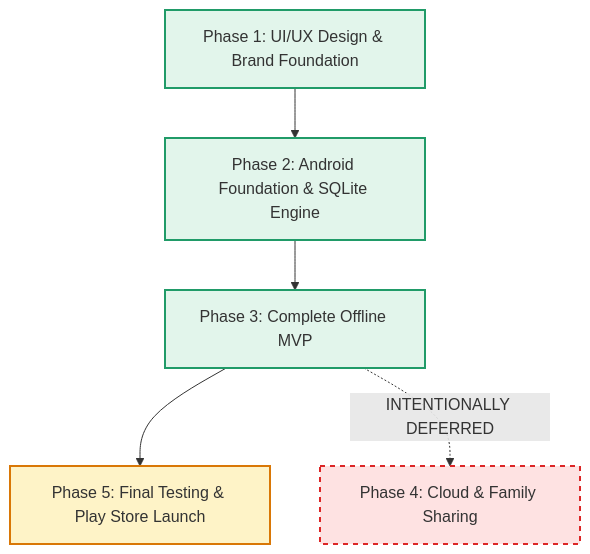
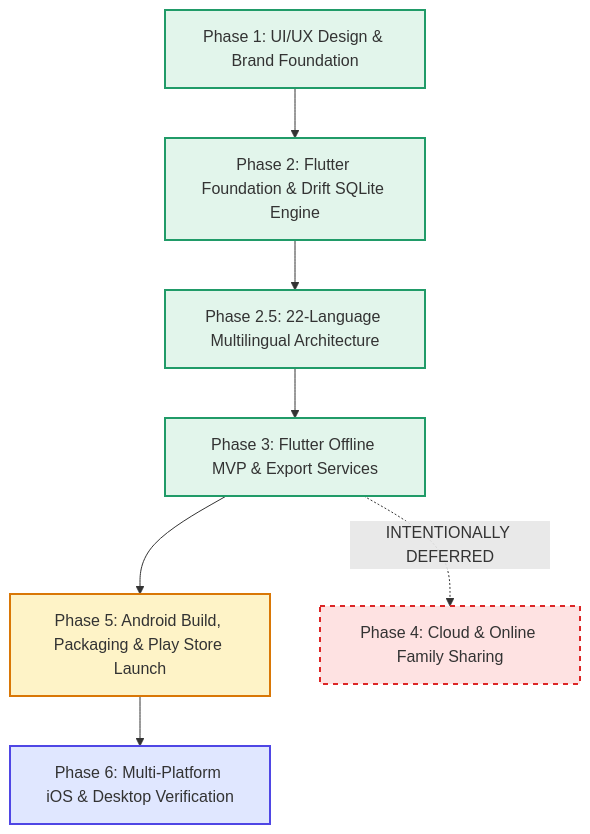
Before and after one commit to igjitendra/Vivah: the diagram in docs/ROADMAP.md, drawn with Mermaid. The commit also changed other lines of this file and 32 other files, not shown here.

Commit message:
docs(audit): complete Flutter-only repository audit, reconcile documentation and fix backup restore

````diff
--- a/docs/ROADMAP.md
+++ b/docs/ROADMAP.md
@@ -10,13 +11,17 @@
 ```mermaid
 flowchart TD
-    P1[Phase 1: UI/UX Design & Brand Foundation] --> P2[Phase 2: Android Foundation & SQLite Engine]
-    P2 --> P3[Phase 3: Complete Offline MVP]
-    P3 --> P5[Phase 5: Final Testing & Play Store Launch]
-    P3 -.->|INTENTIONALLY DEFERRED| P4[Phase 4: Cloud & Family Sharing]
+    P1[Phase 1: UI/UX Design & Brand Foundation] --> P2[Phase 2: Flutter Foundation & Drift SQLite Engine]
+    P2 --> P25[Phase 2.5: 22-Language Multilingual Architecture]
+    P25 --> P3[Phase 3: Flutter Offline MVP & Export Services]
+    P3 --> P5[Phase 5: Android Build, Packaging & Play Store Launch]
+    P5 --> P6[Phase 6: Multi-Platform iOS & Desktop Verification]
+    P3 -.->|INTENTIONALLY DEFERRED| P4[Phase 4: Cloud & Online Family Sharing]
 
     style P1 fill:#E2F5EB,stroke:#209B68,stroke-width:2px
     style P2 fill:#E2F5EB,stroke:#209B68,stroke-width:2px
+    style P25 fill:#E2F5EB,stroke:#209B68,stroke-width:2px
     style P3 fill:#E2F5EB,stroke:#209B68,stroke-width:2px
     style P4 fill:#FEE2E2,stroke:#DC2626,stroke-dasharray: 5 5,stroke-width:2px
     style P5 fill:#FEF3C7,stroke:#D97706,stroke-width:2px
+    style P6 fill:#E0E7FF,stroke:#4F46E5,stroke-width:2px
 ```
````
